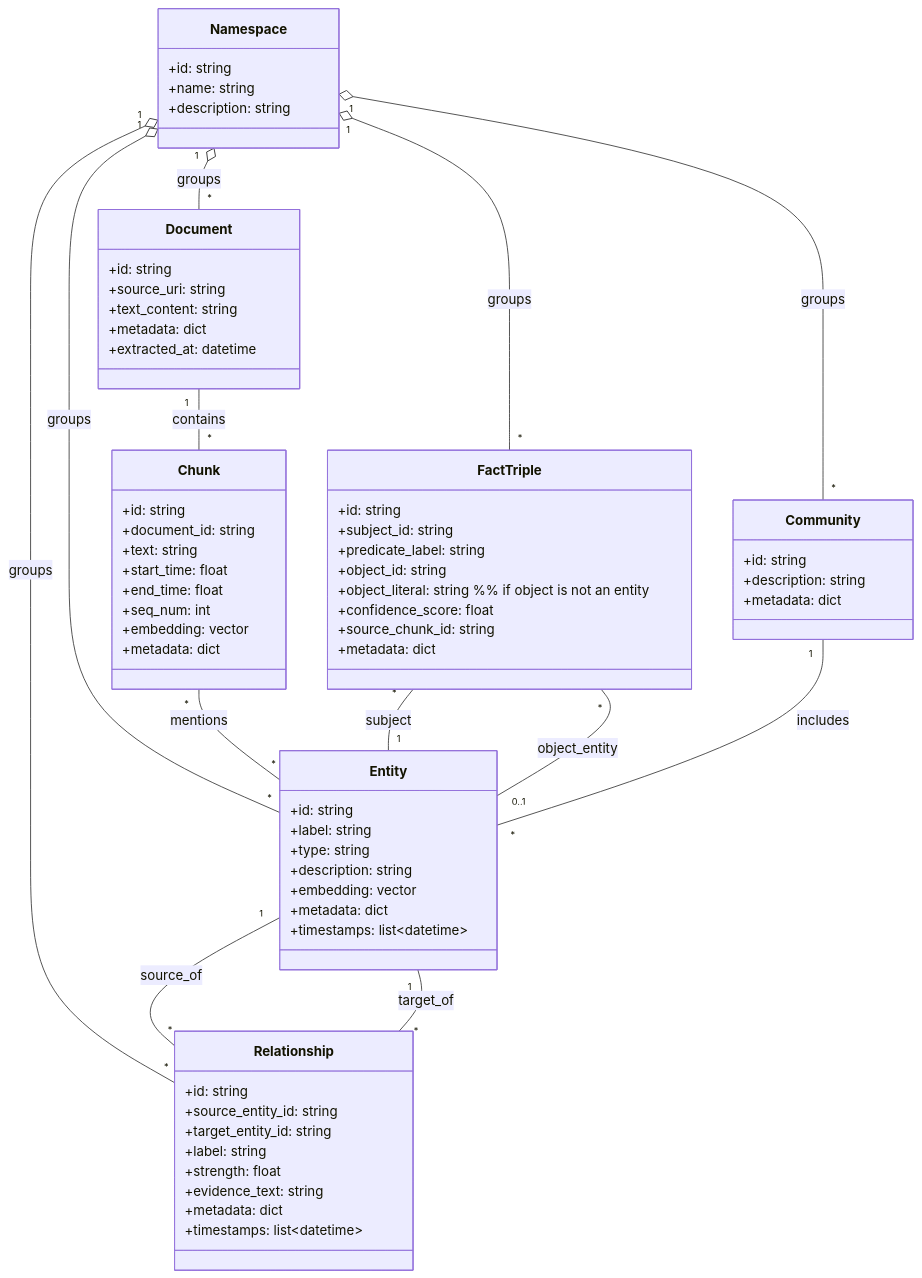
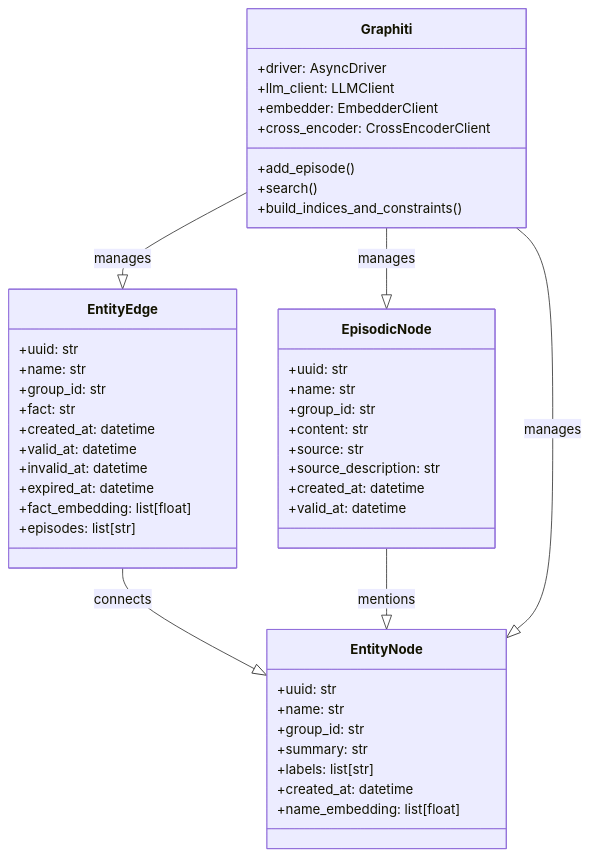
The fifth of 5 diagrams in articles/graphithi_20250605.md (suwa-sh/zenn-contents), drawn with Mermaid before and after one commit. The commit also changed other lines of this file, not shown here.

````diff
--- a/articles/graphithi_20250605.md
+++ b/articles/graphithi_20250605.md
@@ -170,73 +145,52 @@
 ```mermaid
 classDiagram
-    class Namespace {
-        +id: string
-        +name: string
-        +description: string
-    }
-    class Document {
-        +id: string
-        +source_uri: string
-        +text_content: string
-        +metadata: dict
-        +extracted_at: datetime
-    }
-    class Chunk {
-        +id: string
-        +document_id: string
-        +text: string
-        +start_time: float
-        +end_time: float
-        +seq_num: int
-        +embedding: vector
-        +metadata: dict
-    }
-    class Entity {
-        +id: string
-        +label: string
-        +type: string
-        +description: string
-        +embedding: vector
-        +metadata: dict
-        +timestamps: list~datetime~
-    }
-    class Relationship {
-        +id: string
-        +source_entity_id: string
-        +target_entity_id: string
-        +label: string
-        +strength: float
-        +evidence_text: string
-        +metadata: dict
-        +timestamps: list~datetime~
-    }
-    class FactTriple {
-        +id: string
-        +subject_id: string
-        +predicate_label: string
-        +object_id: string
-        +object_literal: string %% if object is not an entity
-        +confidence_score: float
-        +source_chunk_id: string
-        +metadata: dict
-    }
-    class Community {
-        +id: string
-        +description: string
-        +metadata: dict
+    class EpisodicNode {
+        +uuid: str
+        +name: str
+        +group_id: str
+        +content: str
+        +source: str
+        +source_description: str
+        +created_at: datetime
+        +valid_at: datetime
     }
 
-    Namespace "1" o-- "*" Document : groups
-    Namespace "1" o-- "*" Entity : groups
-    Namespace "1" o-- "*" Relationship : groups
-    Namespace "1" o-- "*" FactTriple : groups
-    Namespace "1" o-- "*" Community : groups
+    class EntityNode {
+        +uuid: str
+        +name: str
+        +group_id: str
+        +summary: str
+        +labels: list[str]
+        +created_at: datetime
+        +name_embedding: list[float]
+    }
 
-    Document "1" -- "*" Chunk : contains
-    Chunk "*" -- "*" Entity : mentions
-    Entity "1" -- "*" Relationship : source_of
-    Entity "1" -- "*" Relationship : target_of
-    FactTriple "*" -- "1" Entity : subject
-    FactTriple "*" -- "0..1" Entity : object_entity
-    Community "1" -- "*" Entity : includes
+    class EntityEdge {
+        +uuid: str
+        +name: str
+        +group_id: str
+        +fact: str
+        +created_at: datetime
+        +valid_at: datetime
+        +invalid_at: datetime
+        +expired_at: datetime
+        +fact_embedding: list[float]
+        +episodes: list[str]
+    }
+
+    class Graphiti {
+        +driver: AsyncDriver
+        +llm_client: LLMClient
+        +embedder: EmbedderClient
+        +cross_encoder: CrossEncoderClient
+        +add_episode()
+        +search()
+        +build_indices_and_constraints()
+    }
+
+    EntityEdge --|> EntityNode : connects
+    EpisodicNode --|> EntityNode : mentions
+    Graphiti --|> EpisodicNode : manages
+    Graphiti --|> EntityNode : manages
+    Graphiti --|> EntityEdge : manages
 ```
````
